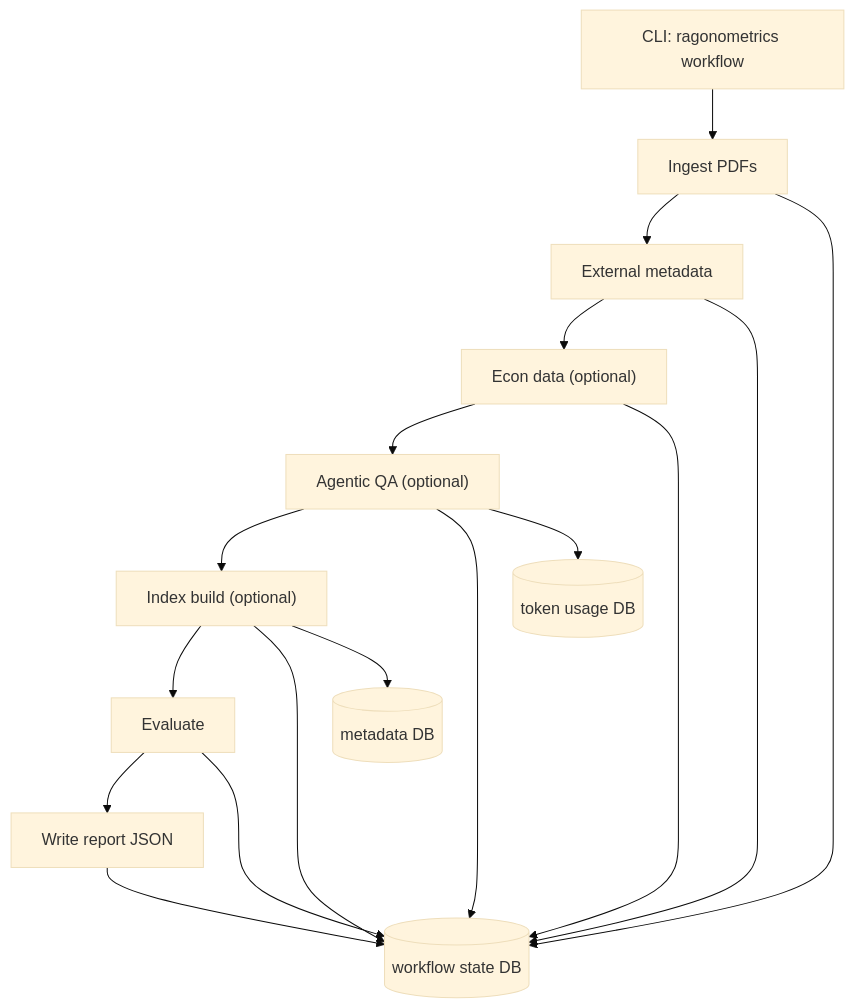
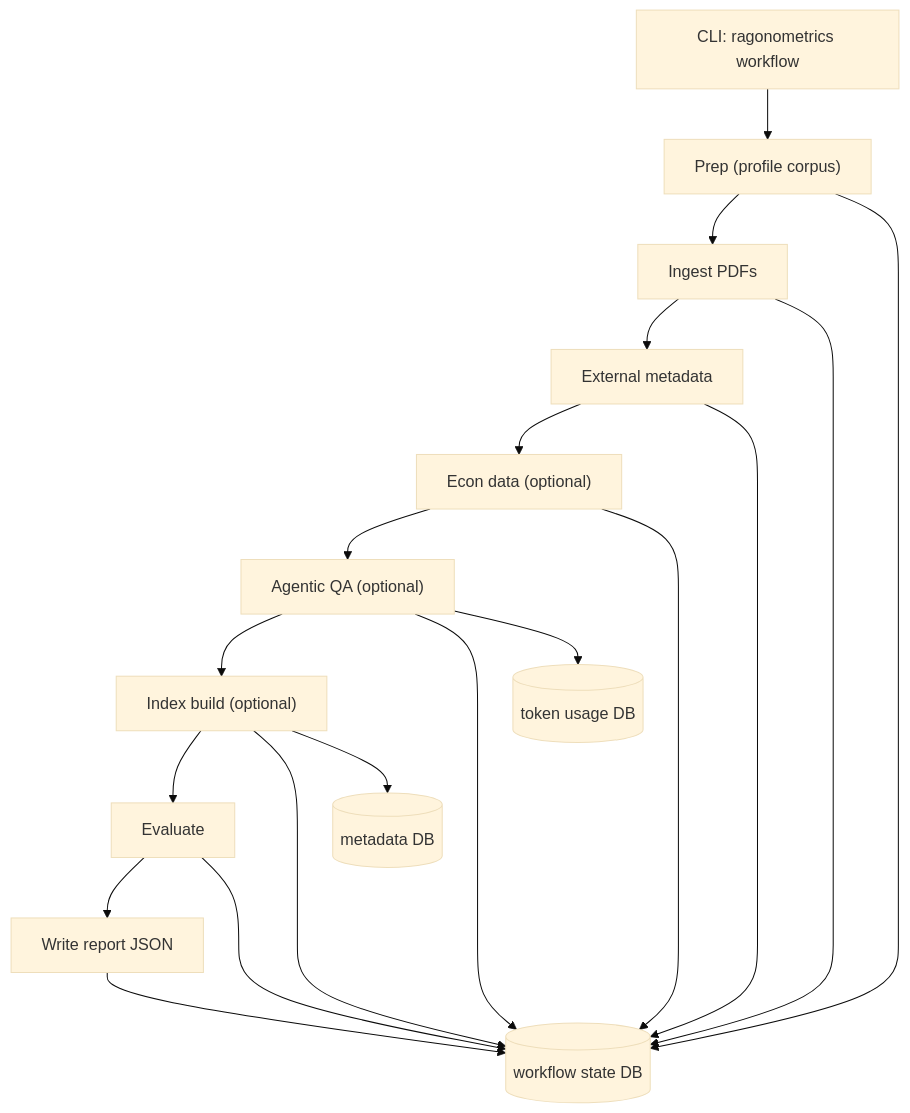
The diagram in docs/architecture/workflow_architecture.md (badbayesian/ragonometrics), drawn with Mermaid (base theme) before and after one commit. The commit also changed other lines of this file and 19 other files, not shown here.

Commit message:
ENH: Add workflow prep step and OpenAlex integration

````diff
--- a/docs/architecture/workflow_architecture.md
+++ b/docs/architecture/workflow_architecture.md
@@ -11,21 +11,23 @@
 ```mermaid
 flowchart TD
-  Start["CLI: ragonometrics workflow"] --> Ingest["Ingest PDFs"]
+  Start["CLI: ragonometrics workflow"] --> Prep["Prep (profile corpus)"]
+  Prep --> Ingest["Ingest PDFs"]
   Ingest --> Enrich["External metadata"]
   Enrich --> Econ["Econ data (optional)"]
   Econ --> Agentic["Agentic QA (optional)"]
   Agentic --> Index["Index build (optional)"]
   Index --> Eval["Evaluate"]
   Eval --> Report["Write report JSON"]
 
-  Ingest --> StateDB[(workflow state DB)]
+  Prep --> StateDB[(workflow state DB)]
+  Ingest --> StateDB
   Enrich --> StateDB
   Econ --> StateDB
   Agentic --> StateDB
   Index --> StateDB
   Eval --> StateDB
   Report --> StateDB
 
   Agentic --> UsageDB[(token usage DB)]
   Index --> Postgres[(metadata DB)]
 ```
````
